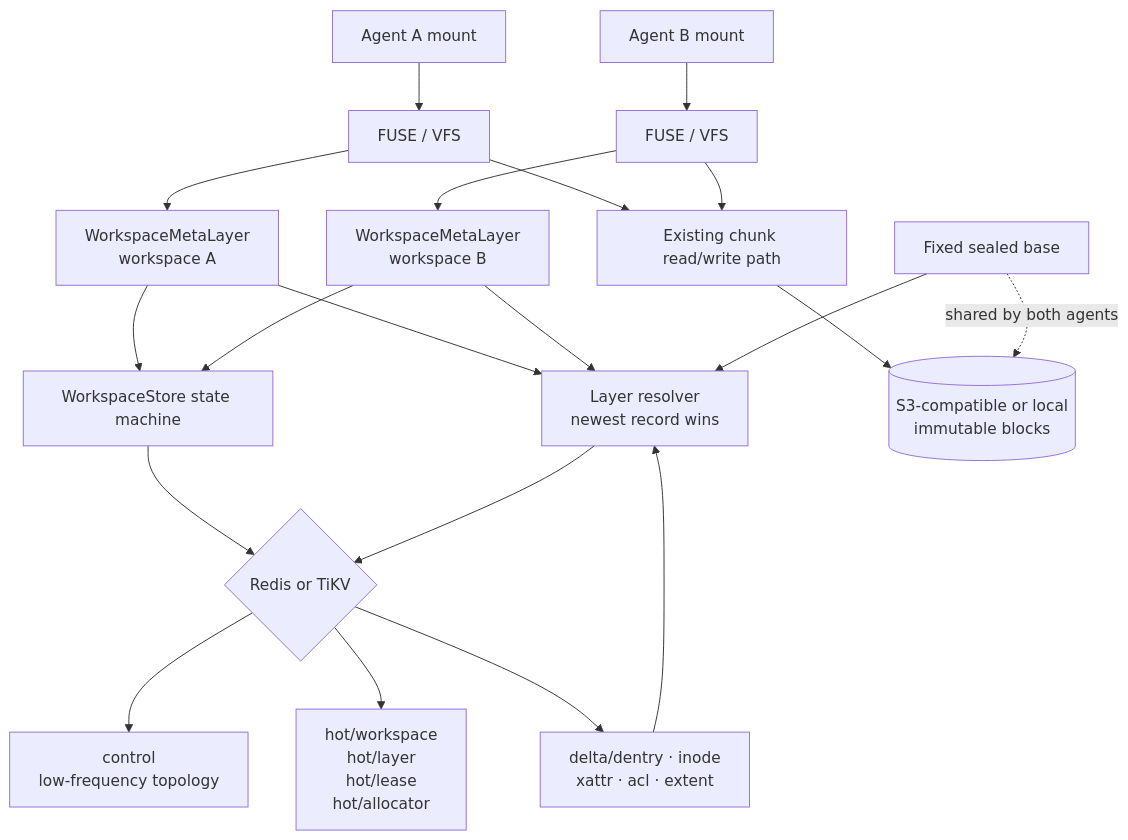
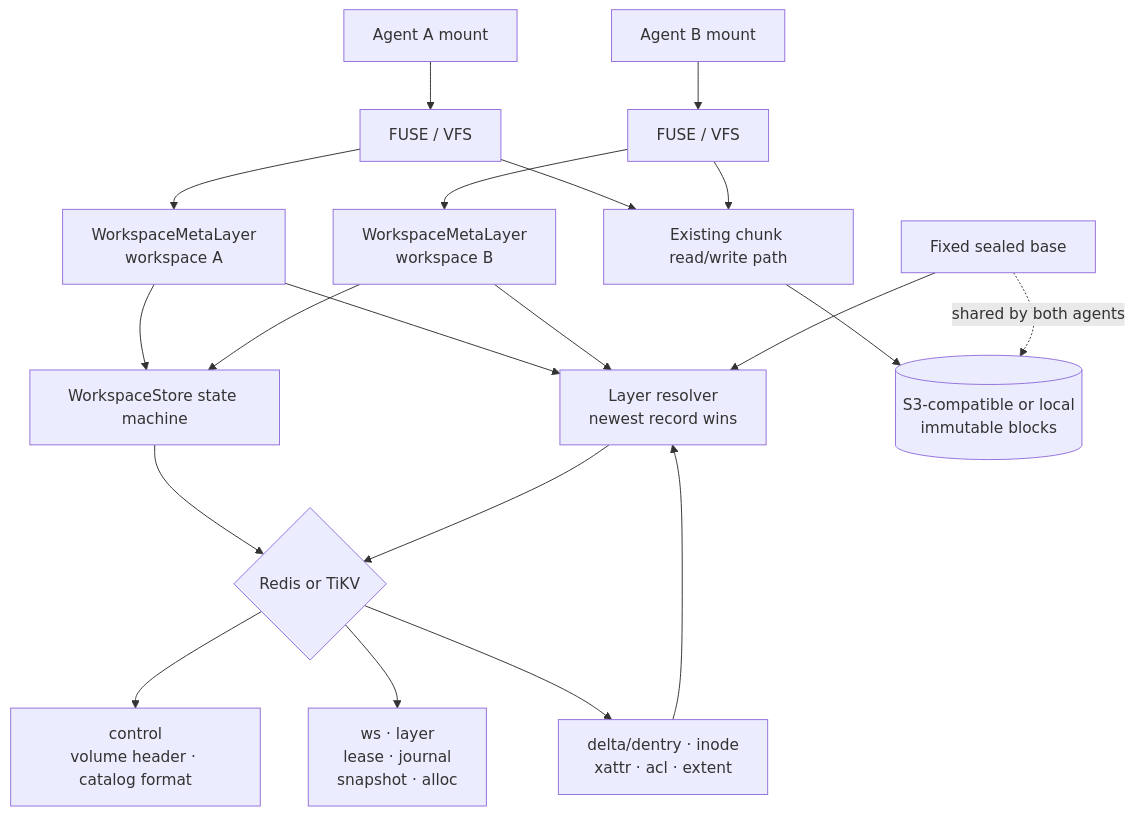
Before and after one commit to brewfs/brewfs: the first of 3 diagrams in doc/architecture/workspace-overlay.md, drawn with Mermaid. The commit also changed other lines of this file and 1 other file, not shown here.

Commit message:
docs(workspace): specify entity-key topology, migration, and concurrency tests

````diff
--- a/doc/architecture/workspace-overlay.md
+++ b/doc/architecture/workspace-overlay.md
@@ -32,28 +33,28 @@
 ```mermaid
 flowchart TB
     AgentA[Agent A mount] --> FuseA[FUSE / VFS]
     AgentB[Agent B mount] --> FuseB[FUSE / VFS]
 
     FuseA --> MetaA[WorkspaceMetaLayer<br/>workspace A]
     FuseB --> MetaB[WorkspaceMetaLayer<br/>workspace B]
 
     MetaA --> Resolver[Layer resolver<br/>newest record wins]
     MetaB --> Resolver
     MetaA --> Catalog[WorkspaceStore state machine]
     MetaB --> Catalog
 
     Catalog --> KV{Redis or TiKV}
     Resolver --> KV
 
-    KV --> Topology[control<br/>low-frequency topology]
-    KV --> Hot[hot/workspace<br/>hot/layer<br/>hot/lease<br/>hot/allocator]
+    KV --> Control[control<br/>volume header · catalog format]
+    KV --> Entities[ws · layer<br/>lease · journal<br/>snapshot · alloc]
     KV --> Delta[delta/dentry · inode<br/>xattr · acl · extent]
 
     FuseA --> Chunk[Existing chunk read/write path]
     FuseB --> Chunk
     Chunk --> Objects[(S3-compatible or local<br/>immutable blocks)]
 
     Shared[Fixed sealed base] --> Resolver
     Delta --> Resolver
     Shared -. shared by both agents .-> Objects
 ```
````
